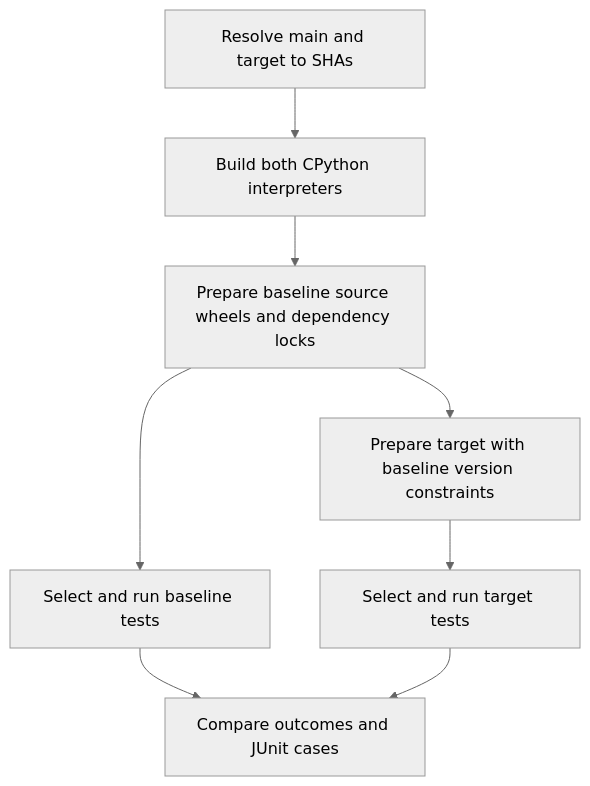
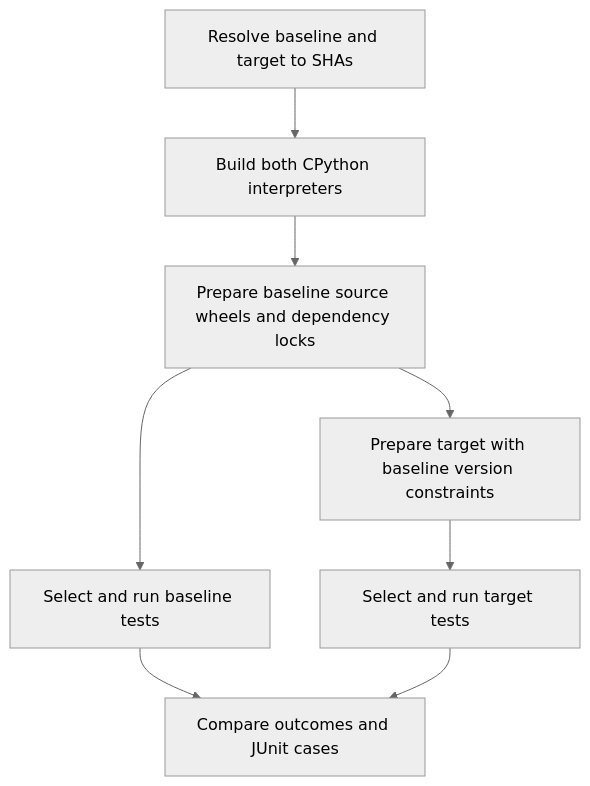
Before and after one commit to emmatyping/snake_pit: the diagram in docs/actions.md, drawn with Mermaid (neutral theme). The commit also changed other lines of this file and 7 other files, not shown here.

````diff
--- a/docs/actions.md
+++ b/docs/actions.md
@@ -47,10 +55,10 @@
 ```mermaid
 flowchart TD
-    R[Resolve main and target to SHAs] --> B[Build both CPython interpreters]
+    R[Resolve baseline and target to SHAs] --> B[Build both CPython interpreters]
     B --> P[Prepare baseline source wheels and dependency locks]
     P --> M[Select and run baseline tests]
     P --> Q[Prepare target with baseline version constraints]
     Q --> T[Select and run target tests]
     M --> D[Compare outcomes and JUnit cases]
     T --> D
 ```
````
